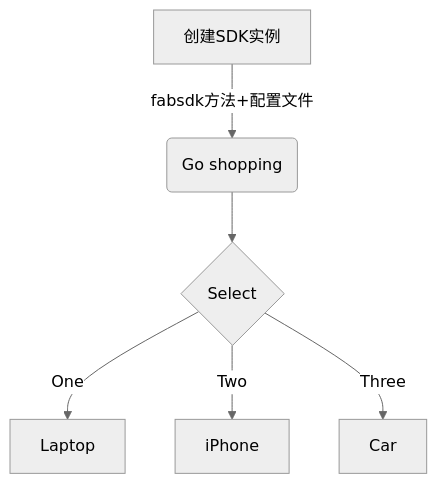
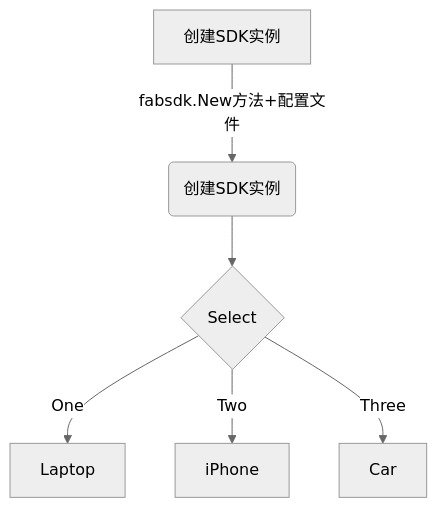
The diagram in all/未命名.md (Utekichan/iodraw-files), drawn with Mermaid (neutral theme) before and after one commit.

Commit message:
2024-03-30 22:04:56 update

````diff
--- a/all/未命名.md
+++ b/all/未命名.md
@@ -1,9 +1,9 @@
 ```mermaid
 graph TD
-    A[创建SDK实例] -->|fabsdk方法+配置文件| B(Go shopping)
+    A[创建SDK实例] -->|fabsdk.New方法+配置文件| B(创建SDK实例)
     B --> C{Select}
     C -->|One| D[Laptop]
     C -->|Two| E[iPhone]
     C -->|Three| F[Car]
   
 ```
````
